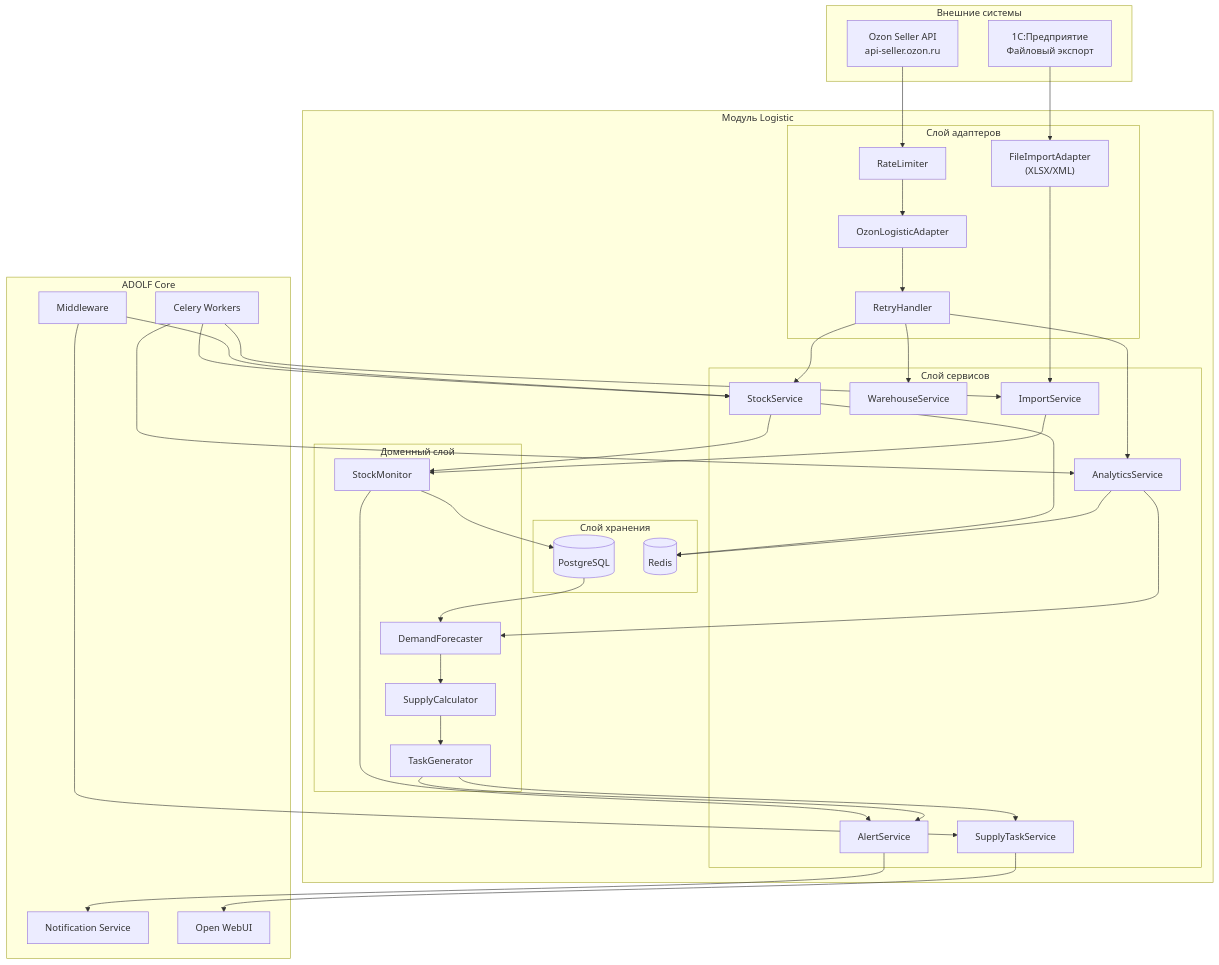
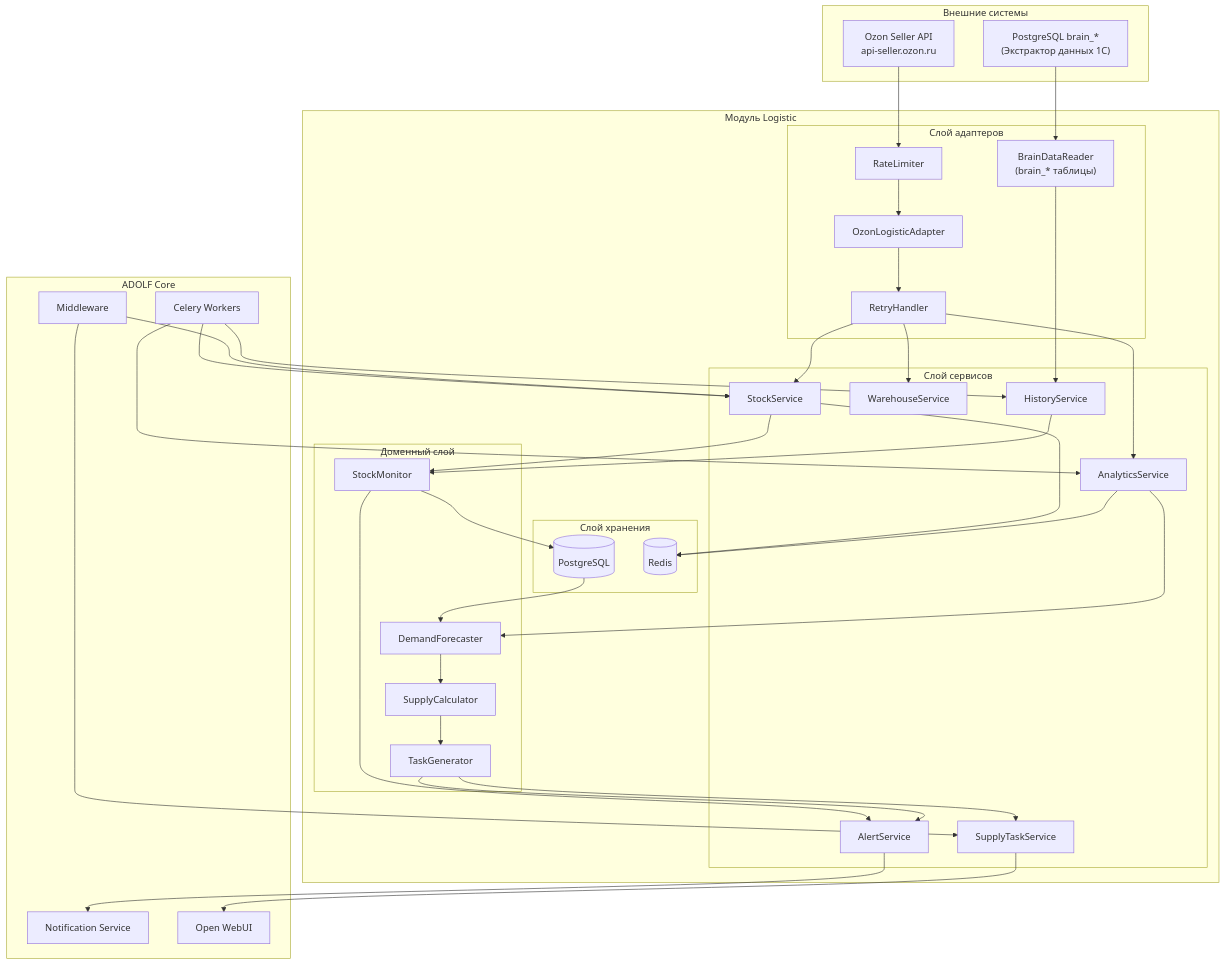
The first of 11 diagrams in logistic/adolf_logistic_1_architecture.md (Sign25/Docs), drawn with Mermaid before and after one commit. The commit also changed other lines of this file, not shown here.

Commit message:
Logistic Раздел 1: v2.1 — архитектура с brain_* вместо файлового импорта

````diff
--- a/logistic/adolf_logistic_1_architecture.md
+++ b/logistic/adolf_logistic_1_architecture.md
@@ -29,72 +29,72 @@
 ```mermaid
 graph TB
     subgraph EXTERNAL["Внешние системы"]
         OZON_API["Ozon Seller API<br/>api-seller.ozon.ru"]
-        ONE_C["1С:Предприятие<br/>Файловый экспорт"]
+        BRAIN_DB["PostgreSQL brain_*<br/>(Экстрактор данных 1С)"]
     end
     
     subgraph LOGISTIC["Модуль Logistic"]
         subgraph ADAPTERS["Слой адаптеров"]
             OZON_ADAPTER["OzonLogisticAdapter"]
-            FILE_ADAPTER["FileImportAdapter<br/>(XLSX/XML)"]
+            BRAIN_READER["BrainDataReader<br/>(brain_* таблицы)"]
             RATE_LIMITER["RateLimiter"]
             RETRY["RetryHandler"]
         end
         
         subgraph SERVICES["Слой сервисов"]
             STOCK_SVC["StockService"]
             ANALYTICS_SVC["AnalyticsService"]
             WAREHOUSE_SVC["WarehouseService"]
             SUPPLY_TASK_SVC["SupplyTaskService"]
             ALERT_SVC["AlertService"]
-            IMPORT_SVC["ImportService"]
+            IMPORT_SVC["HistoryService"]
         end
         
         subgraph DOMAIN["Доменный слой"]
             STOCK_MON["StockMonitor"]
             DEMAND_FORECAST["DemandForecaster"]
             SUPPLY_CALC["SupplyCalculator"]
             TASK_GEN["TaskGenerator"]
         end
         
         subgraph STORAGE["Слой хранения"]
             PG[(PostgreSQL)]
             REDIS[(Redis)]
         end
     end
     
     subgraph CORE["ADOLF Core"]
         CELERY["Celery Workers"]
         NOTIFY["Notification Service"]
         OWUI["Open WebUI"]
         MW["Middleware"]
     end
     
     OZON_API --> RATE_LIMITER
     RATE_LIMITER --> OZON_ADAPTER
     OZON_ADAPTER --> RETRY
     RETRY --> STOCK_SVC & ANALYTICS_SVC & WAREHOUSE_SVC
     
-    ONE_C --> FILE_ADAPTER --> IMPORT_SVC
+    BRAIN_DB --> BRAIN_READER --> IMPORT_SVC
     
     STOCK_SVC --> STOCK_MON
     ANALYTICS_SVC --> DEMAND_FORECAST
     IMPORT_SVC --> STOCK_MON
     
     STOCK_MON --> PG
     PG --> DEMAND_FORECAST
     DEMAND_FORECAST --> SUPPLY_CALC
     SUPPLY_CALC --> TASK_GEN
     TASK_GEN --> SUPPLY_TASK_SVC
     
     STOCK_MON --> ALERT_SVC
     TASK_GEN --> ALERT_SVC
     
     ALERT_SVC --> NOTIFY
     SUPPLY_TASK_SVC --> OWUI
     
     CELERY --> STOCK_SVC & ANALYTICS_SVC & IMPORT_SVC
     MW --> STOCK_SVC & SUPPLY_TASK_SVC
     
     STOCK_SVC & ANALYTICS_SVC --> REDIS
 ```
````
